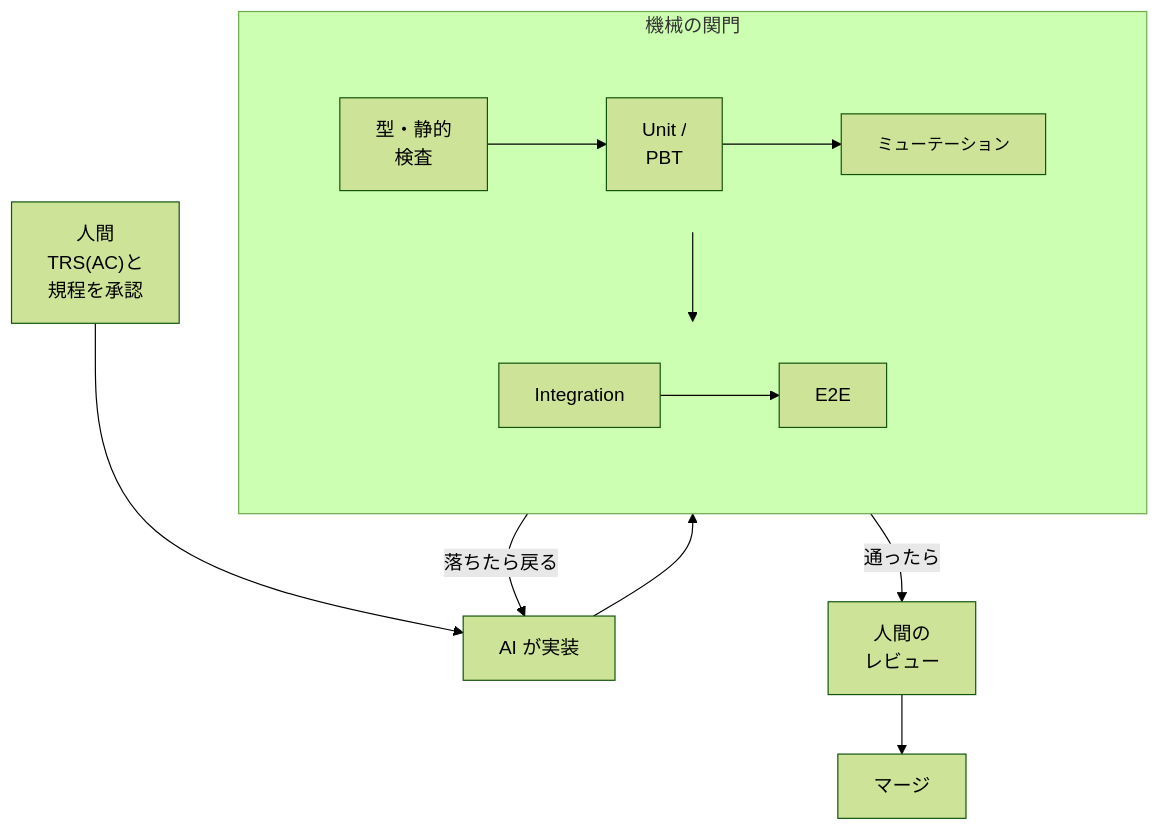
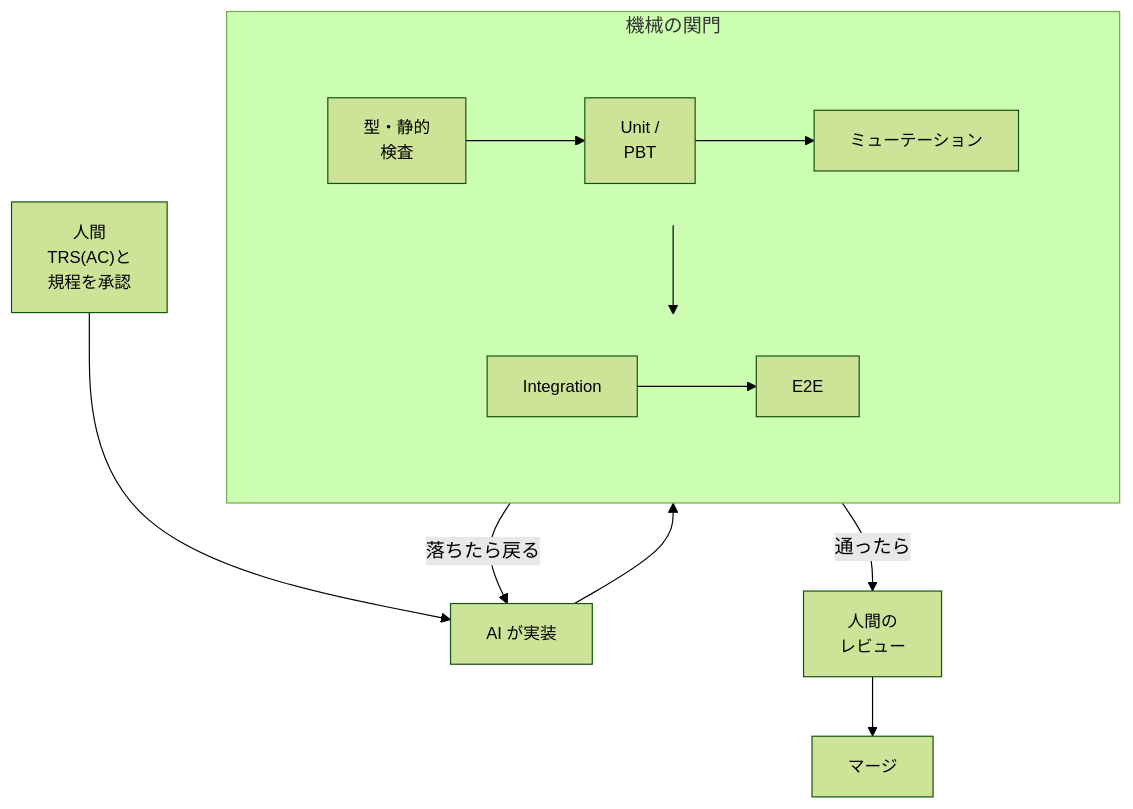
The first of 3 diagrams in README.md (toshio-shiratori/harness-test-strategy), drawn with Mermaid (forest theme) before and after one commit. The commit also changed other lines of this file, not shown here.

Commit message:
docs: README の図の字を 14px にし、GitHub 上で語の途中で折れないようにする

````diff
--- a/README.md
+++ b/README.md
@@ -15,22 +15,22 @@
 ```mermaid
 flowchart TB
   H["人間<br/>TRS(AC)と<br/>規程を承認"] --> A["AI が実装"]
   subgraph GATES["機械の関門"]
     direction TB
     subgraph ROW1[" "]
       direction LR
       G1["型・静的<br/>検査"] --> G2["Unit /<br/>PBT"] --> G3["ミューテーション"]
     end
     subgraph ROW2[" "]
       direction LR
       G4["Integration"] --> G5["E2E"]
     end
     ROW1 --> ROW2
   end
   A --> GATES
   GATES -- "落ちたら戻る" --> A
   GATES -- "通ったら" --> R["人間の<br/>レビュー"] --> M["マージ"]
   style ROW1 fill:none,stroke:none
   style ROW2 fill:none,stroke:none
-  style G3 font-size:14px
+  classDef default font-size:14px
 ```
````
